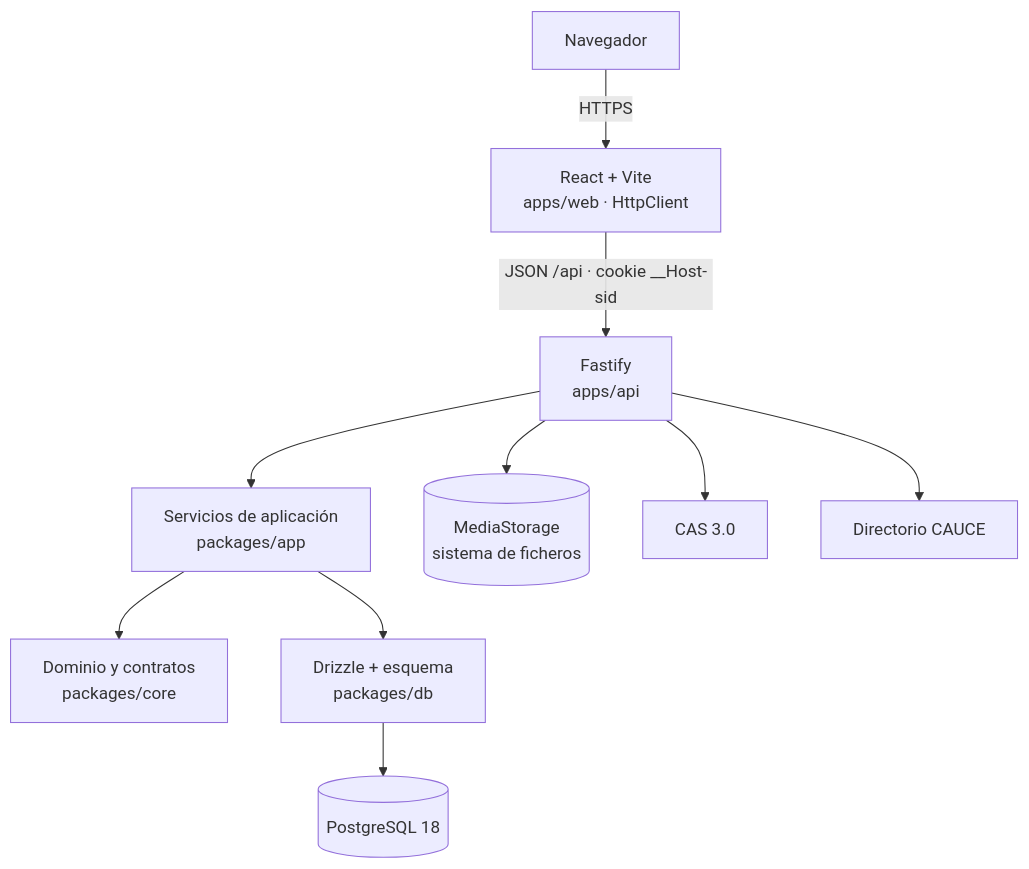
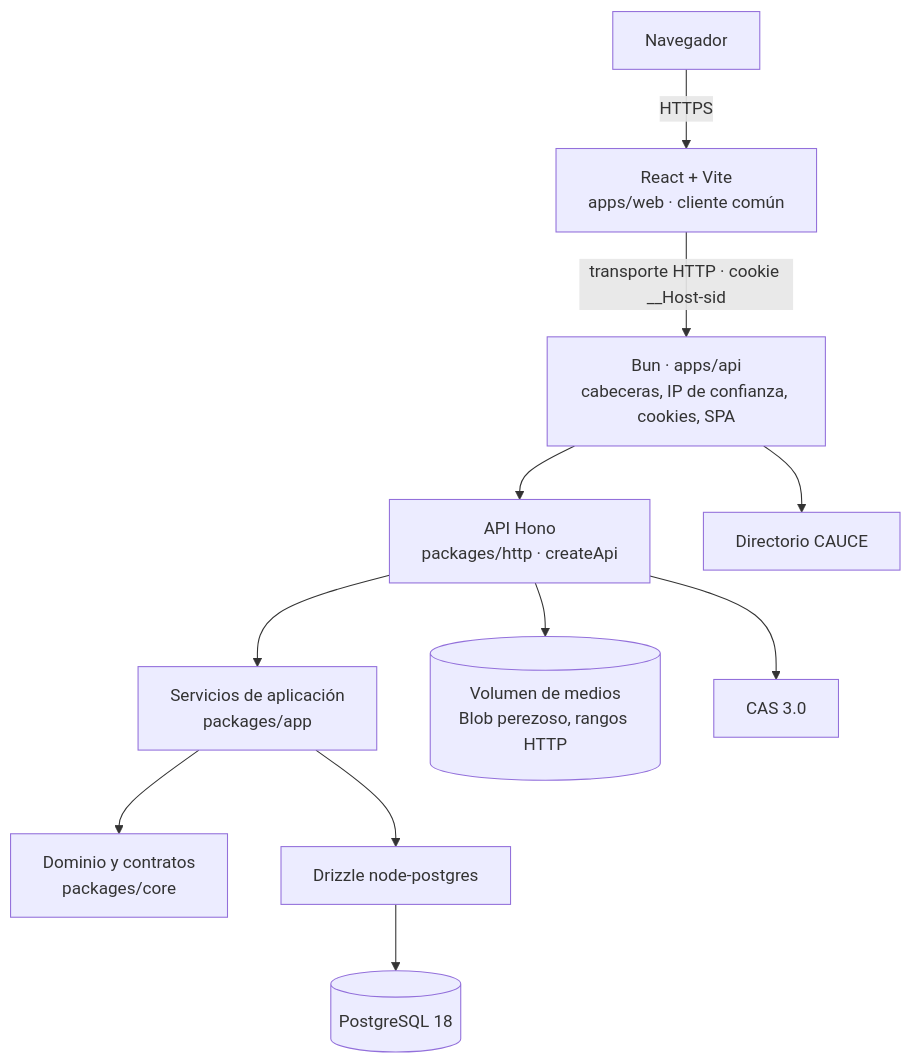
One commit to ateeducacion/lexican changed the first of 2 diagrams in docs/ARCHITECTURE.md. Above: the diagram before and after it, drawn with Mermaid. The commit also changed other lines of this file and 16 other files, not shown here.

Commit message:
docs: ADR 0009 and docs for Hono, Bun, the demo worker and the test CAS

````diff
--- a/docs/ARCHITECTURE.md
+++ b/docs/ARCHITECTURE.md
@@ -8,12 +9,13 @@
 ```mermaid
 flowchart TB
-  B[Navegador] -->|HTTPS| W[React + Vite<br/>apps/web · HttpClient]
-  W -->|JSON /api · cookie __Host-sid| A[Fastify<br/>apps/api]
-  A --> S[Servicios de aplicación<br/>packages/app]
+  B[Navegador] -->|HTTPS| W[React + Vite<br/>apps/web · cliente común]
+  W -->|transporte HTTP · cookie __Host-sid| X[Bun · apps/api<br/>cabeceras, IP de confianza, cookies, SPA]
+  X --> H[API Hono<br/>packages/http · createApi]
+  H --> S[Servicios de aplicación<br/>packages/app]
   S --> C[Dominio y contratos<br/>packages/core]
-  S --> D[Drizzle + esquema<br/>packages/db]
+  S --> D[Drizzle node-postgres]
   D --> P[(PostgreSQL 18)]
-  A --> M[(MediaStorage<br/>sistema de ficheros)]
-  A --> CAS[CAS 3.0]
-  A --> CAUCE[Directorio CAUCE]
+  H --> M[(Volumen de medios<br/>Blob perezoso, rangos HTTP)]
+  H --> CAS[CAS 3.0]
+  X --> CAUCE[Directorio CAUCE]
 ```
````
